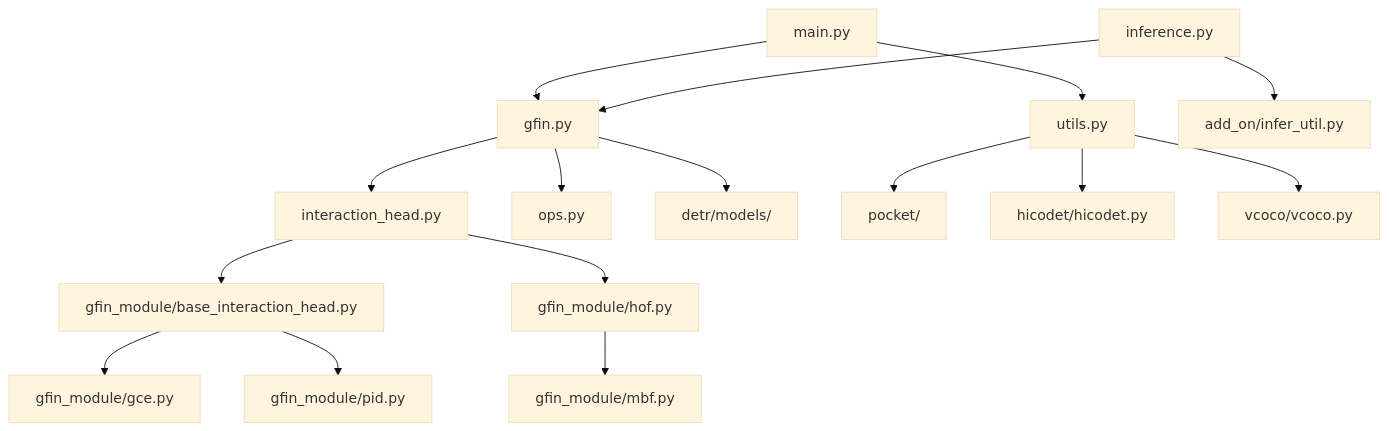
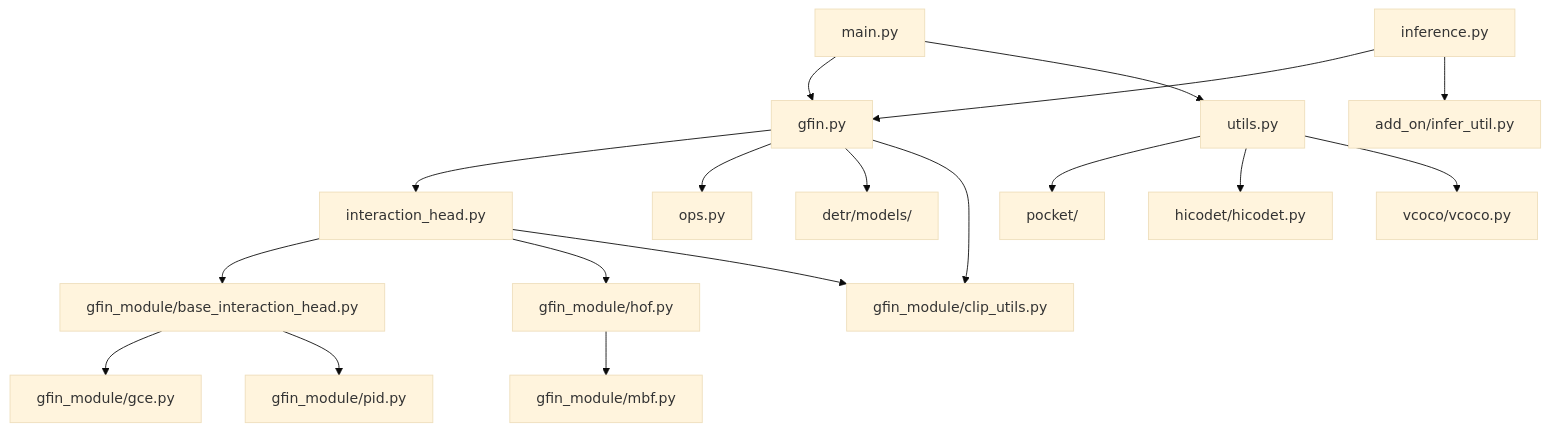
Before and after one commit to ddwhzh/GFIN: the seventh of 7 diagrams in docs/2026-02-23-v1-architecture.md, drawn with Mermaid (base theme). The commit also changed other lines of this file and 11 other files, not shown here.

```diff
--- a/docs/2026-02-23-v1-architecture.md
+++ b/docs/2026-02-23-v1-architecture.md
@@ -202,18 +222,20 @@
 :::mermaid
 graph TD
     main[main.py] --> gfin_mod[gfin.py]
     main --> utils[utils.py]
     gfin_mod --> interaction[interaction_head.py]
     gfin_mod --> ops[ops.py]
     gfin_mod --> detr_models[detr/models/]
+    gfin_mod --> clip_utils[gfin_module/clip_utils.py]
     interaction --> base[gfin_module/base_interaction_head.py]
     interaction --> hof[gfin_module/hof.py]
+    interaction --> clip_utils
     base --> gce[gfin_module/gce.py]
     base --> pid[gfin_module/pid.py]
     hof --> mbf[gfin_module/mbf.py]
     utils --> pocket_lib[pocket/]
     utils --> hicodet_ds[hicodet/hicodet.py]
     utils --> vcoco_ds[vcoco/vcoco.py]
     inference[inference.py] --> gfin_mod
     inference --> add_on[add_on/infer_util.py]
 :::
```
